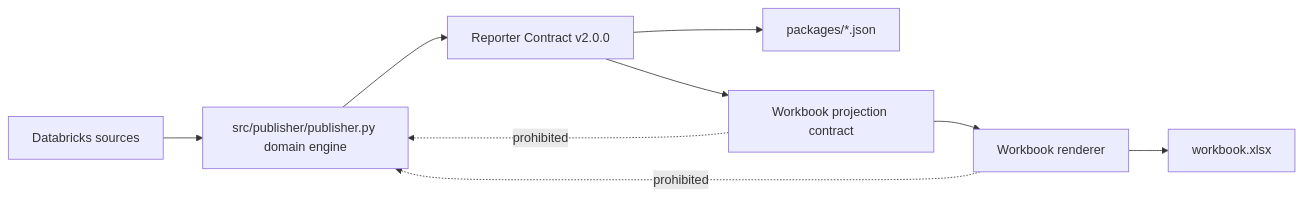
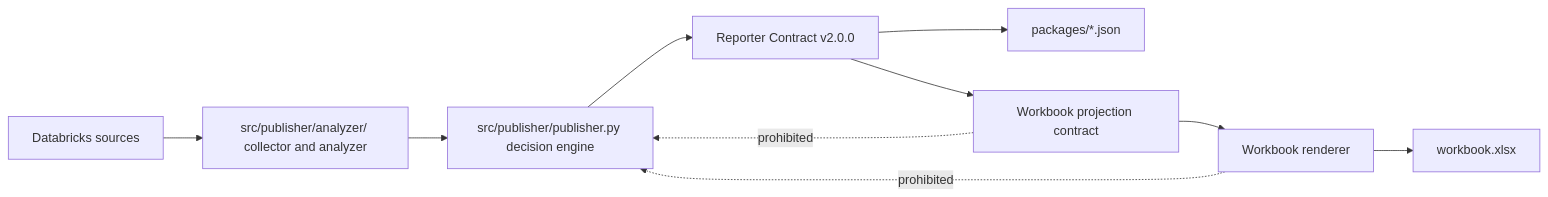
The first of 19 diagrams in docs/architecture/lld.md (thiaga-gk/expert-funicular), drawn with Mermaid before and after one commit. The commit also changed other lines of this file and 17 other files, not shown here.

````diff
--- a/docs/architecture/lld.md
+++ b/docs/architecture/lld.md
@@ -71,12 +84,13 @@
 ```mermaid
 flowchart LR
-    SRC[Databricks sources] --> PUB[src/publisher/publisher.py domain engine]
+    SRC[Databricks sources] --> ANA[src/publisher/analyzer/ collector and analyzer]
+    ANA --> PUB[src/publisher/publisher.py decision engine]
     PUB --> RC[Reporter Contract v2.0.0]
     RC --> JSON[packages/*.json]
     RC --> WC[Workbook projection contract]
     WC --> XR[Workbook renderer]
     XR --> XLSX[workbook.xlsx]
 
     WC -. prohibited .-> PUB
     XR -. prohibited .-> PUB
 ```
````
